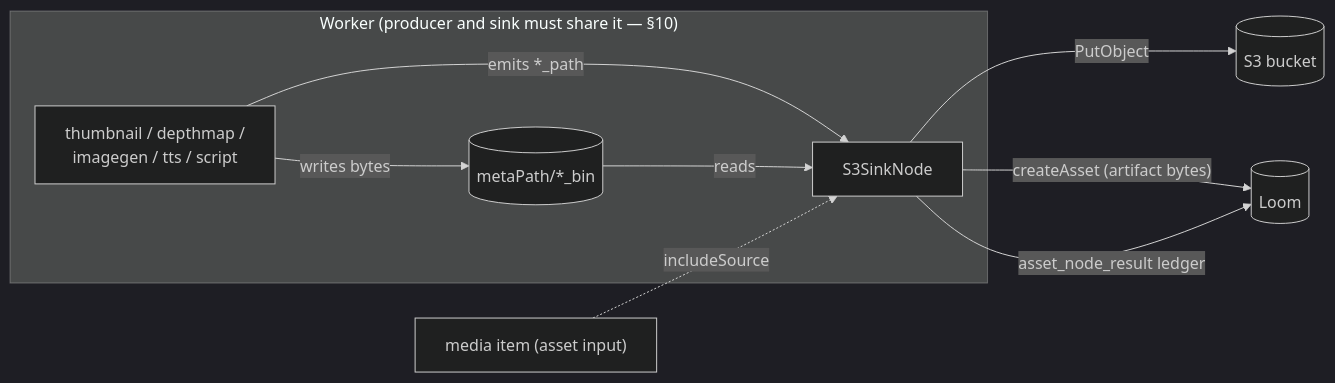
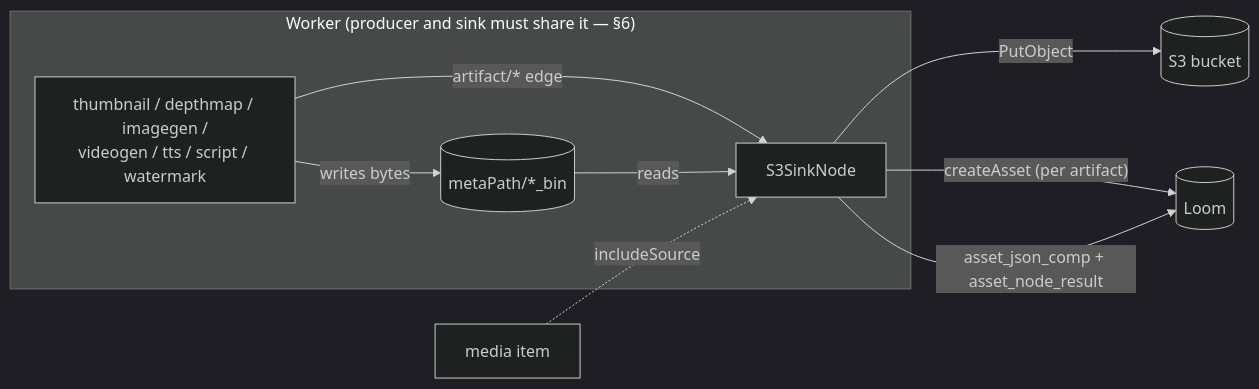
Before and after one commit to metaloom/metaloom: the diagram in spec/features/pipeline-nodes/NODE_S3SINK_PLAN.md, drawn with Mermaid (dark theme). The commit also changed other lines of this file and 53 other files, not shown here.

````diff
--- a/spec/features/pipeline-nodes/NODE_S3SINK_PLAN.md
+++ b/spec/features/pipeline-nodes/NODE_S3SINK_PLAN.md
@@ -85,17 +84,15 @@
 ```mermaid
 flowchart LR
-    subgraph W["Worker (producer and sink must share it — §10)"]
-        PROD["thumbnail / depthmap /<br/>imagegen / tts / script"]
+    subgraph W["Worker (producer and sink must share it — §6)"]
+        PROD["thumbnail / depthmap / imagegen /<br/>videogen / tts / script / watermark"]
         BIN[("metaPath/*_bin")]
         SINK["S3SinkNode"]
         PROD -- "writes bytes" --> BIN
-        PROD -- "emits *_path" --> SINK
+        PROD -- "artifact/* edge" --> SINK
         BIN -- "reads" --> SINK
     end
-
     SINK -- "PutObject" --> S3[("S3 bucket")]
-    SINK -- "createAsset (artifact bytes)" --> LOOM[("Loom")]
-    SINK -- "asset_node_result ledger" --> LOOM
-
-    MEDIA["media item (asset input)"] -.->|"includeSource"| SINK
+    SINK -- "createAsset (per artifact)" --> LOOM[("Loom")]
+    SINK -- "asset_json_comp + asset_node_result" --> LOOM
+    MEDIA["media item"] -.->|"includeSource"| SINK
 ```
````
